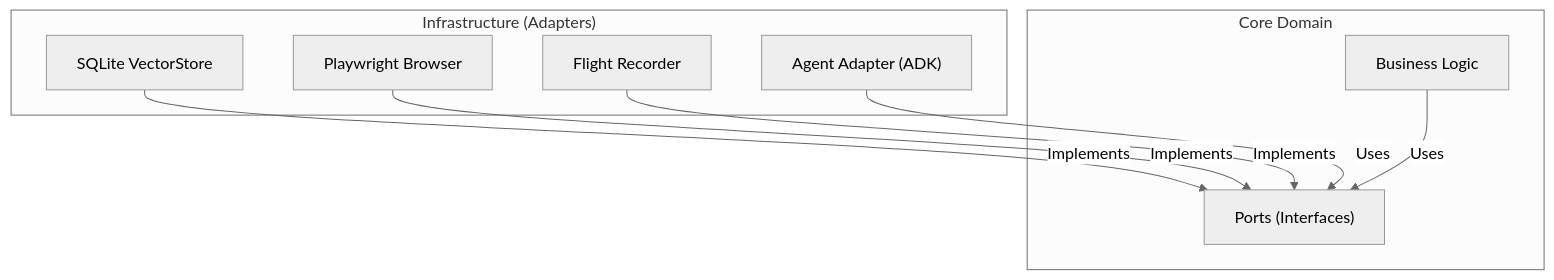
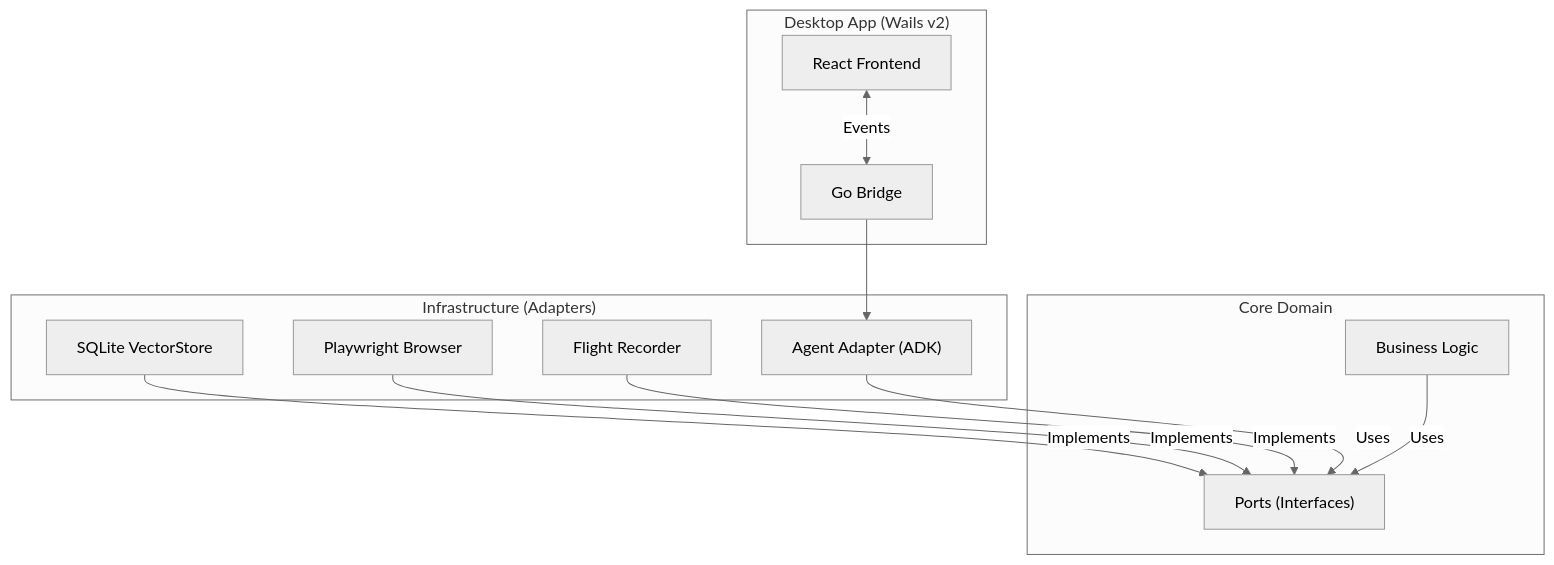
One commit to PundarikakshNTripathi/Kortex changed the diagram in README.md. Above: the diagram before and after it, drawn with Mermaid (neutral theme). The commit also changed other lines of this file and 38 other files, not shown here.

````diff
--- a/README.md
+++ b/README.md
@@ -29,20 +39,27 @@
 ```mermaid
 graph TD
+    subgraph Desktop ["Desktop App (Wails v2)"]
+        UI["React Frontend"]
+        Bridge["Go Bridge"]
+    end
+    
     subgraph Infrastructure ["Infrastructure (Adapters)"]
         SQLite["SQLite VectorStore"]
         Playwright["Playwright Browser"]
         Logger["Flight Recorder"]
         Agent["Agent Adapter (ADK)"]
     end
 
     subgraph Core ["Core Domain"]
         Ports["Ports (Interfaces)"]
         Logic["Business Logic"]
     end
 
+    UI <-->|Events| Bridge
+    Bridge --> Agent
     SQLite -->|Implements| Ports
     Playwright -->|Implements| Ports
     Logger -->|Implements| Ports
     Agent -->|Uses| Ports
     Logic -->|Uses| Ports
 ```
````
